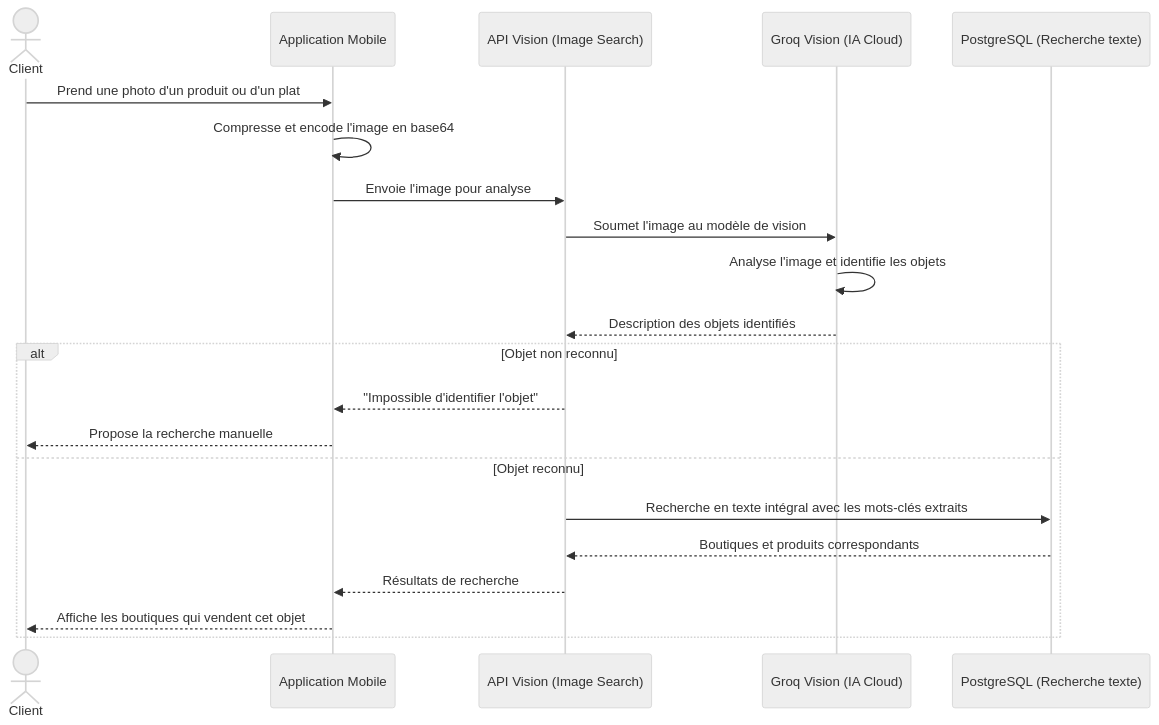
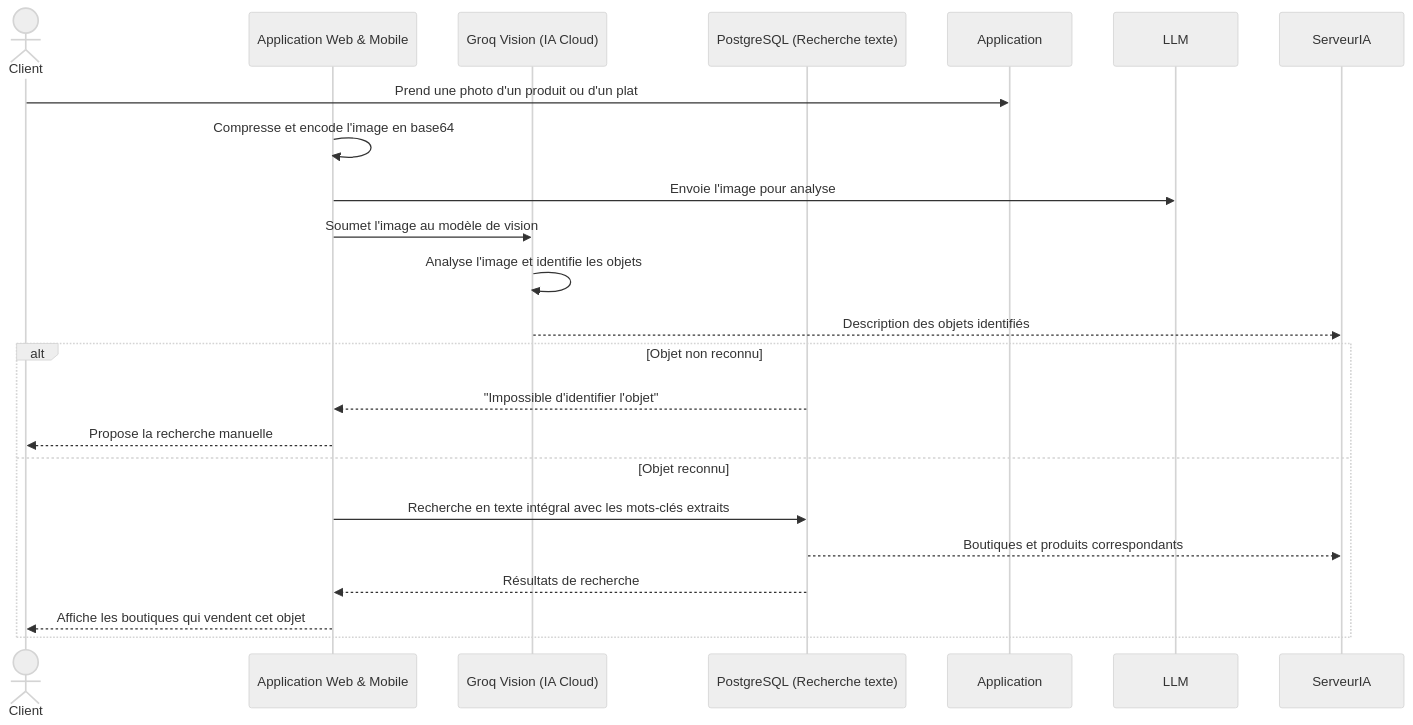
One commit to Abderrahmen1111/private-PFE-repos changed diagram 13 of 22 in CHAPITRE3_CONCEPTION.md. Above: the diagram before and after it, drawn with Mermaid (neutral theme). The commit also changed other lines of this file and 2 other files, not shown here.

Commit message:
docs: adapt sequence diagrams to Web/Mobile apps and Django SaaS Admin

````diff
--- a/CHAPITRE3_CONCEPTION.md
+++ b/CHAPITRE3_CONCEPTION.md
@@ -739,24 +738,24 @@
 ```mermaid
 sequenceDiagram
     actor Client
-    participant Application as Application Mobile
-    participant ServeurIA as API Vision (Image Search)
+    participant App as Application Web & Mobile
+    participant GroqVision as Groq Vision (IA Cloud)
     participant GroqVision as Groq Vision (IA Cloud)
     participant BD as PostgreSQL (Recherche texte)
 
     Client->>Application: Prend une photo d'un produit ou d'un plat
-    Application->>Application: Compresse et encode l'image en base64
-    Application->>ServeurIA: Envoie l'image pour analyse
-    ServeurIA->>GroqVision: Soumet l'image au modèle de vision
+    App->>App: Compresse et encode l'image en base64
+    App->>LLM: Envoie l'image pour analyse
+    App->>GroqVision: Soumet l'image au modèle de vision
     GroqVision->>GroqVision: Analyse l'image et identifie les objets
     GroqVision-->>ServeurIA: Description des objets identifiés
     alt Objet non reconnu
-        ServeurIA-->>Application: "Impossible d'identifier l'objet"
-        Application-->>Client: Propose la recherche manuelle
+        BD-->>App: "Impossible d'identifier l'objet"
+        App-->>Client: Propose la recherche manuelle
     else Objet reconnu
-        ServeurIA->>BD: Recherche en texte intégral avec les mots-clés extraits
+        App->>BD: Recherche en texte intégral avec les mots-clés extraits
         BD-->>ServeurIA: Boutiques et produits correspondants
-        ServeurIA-->>Application: Résultats de recherche
-        Application-->>Client: Affiche les boutiques qui vendent cet objet
+        BD-->>App: Résultats de recherche
+        App-->>Client: Affiche les boutiques qui vendent cet objet
     end
 ```
````
